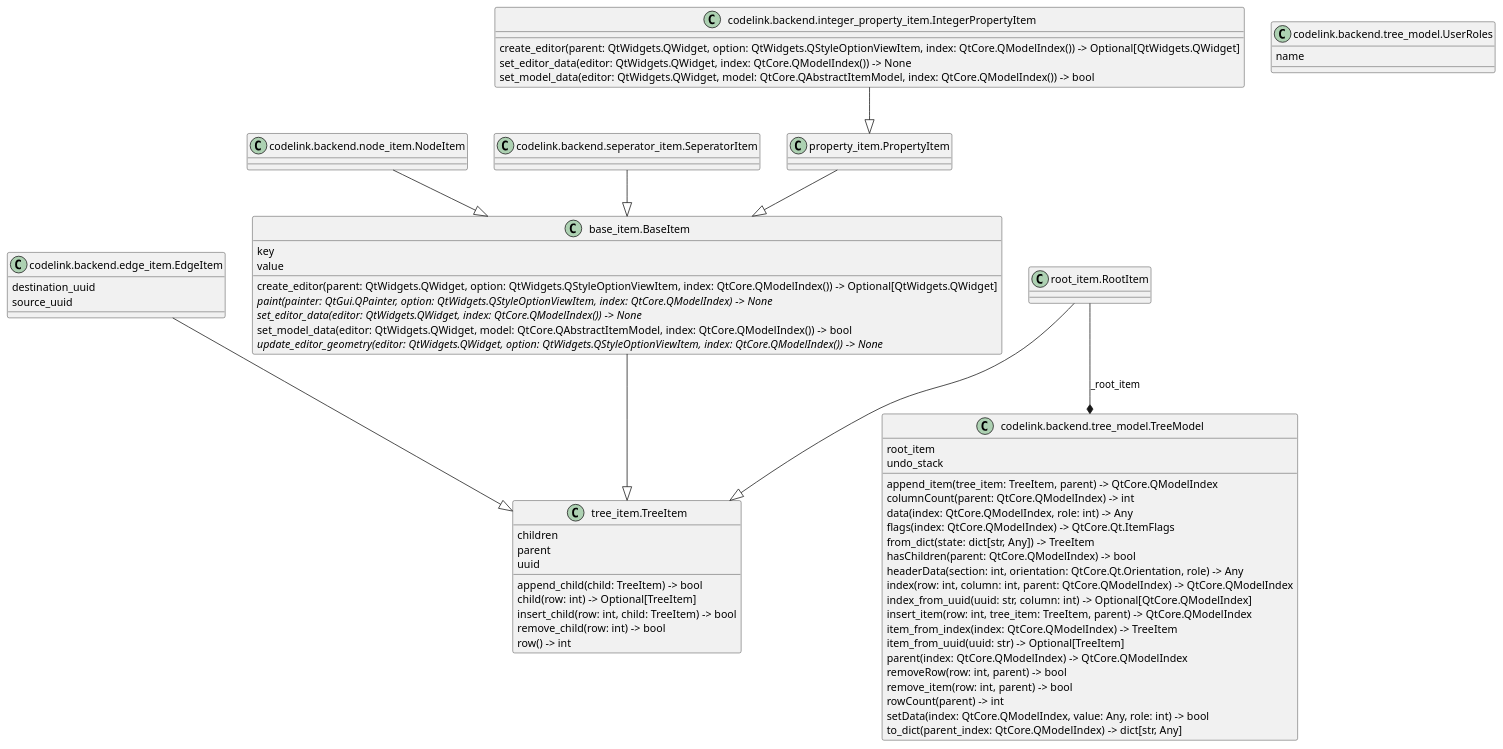
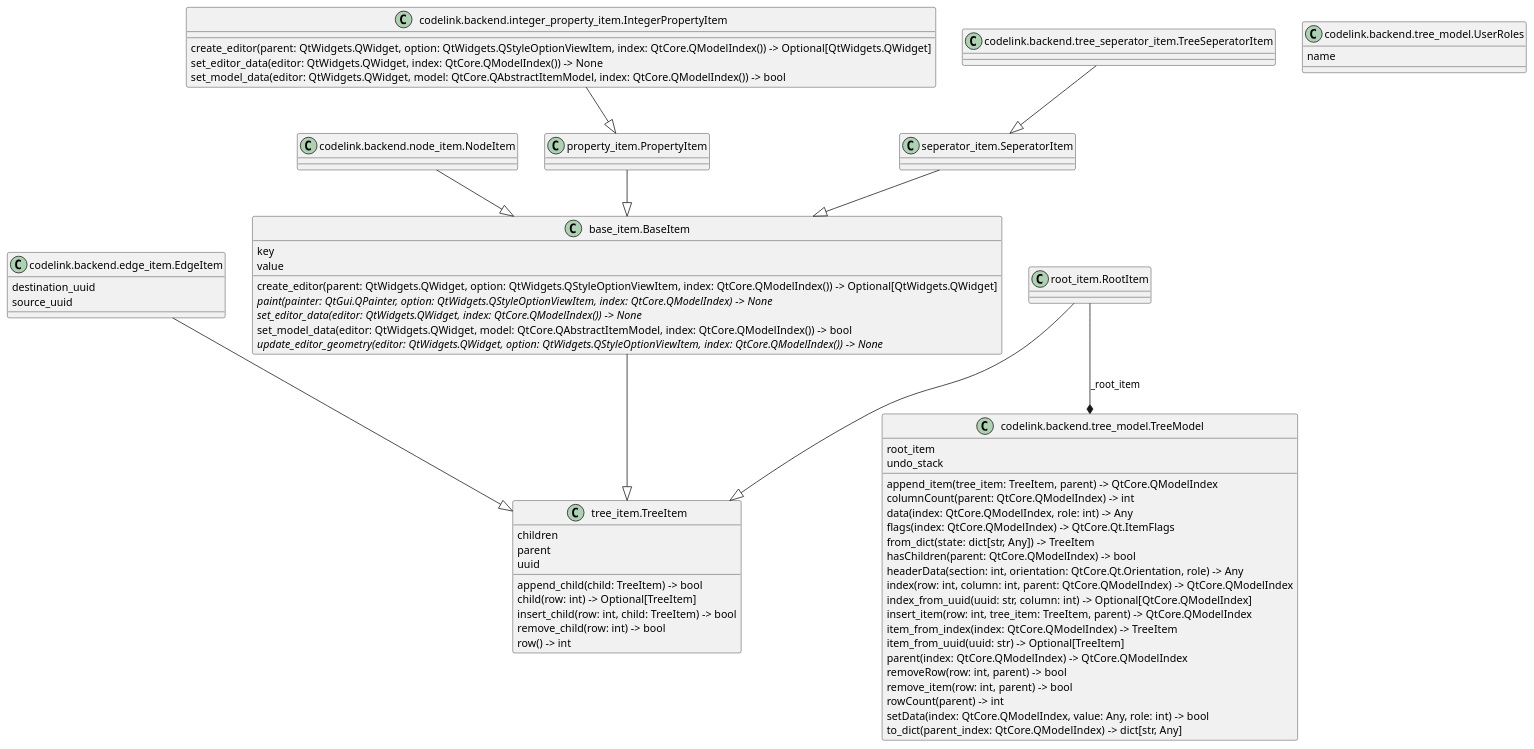
One commit to j8sr0230/codelink changed the diagram in src/codelink/backend/classes.puml. Above: the diagram before and after it, drawn with PlantUML. The commit also changed 6 other files, not shown here.

```diff
--- a/src/codelink/backend/classes.puml
+++ b/src/codelink/backend/classes.puml
@@ -1,72 +1,75 @@
 @startuml classes
 set namespaceSeparator none
 class "base_item.BaseItem" as base_item.BaseItem {
   key
   value
   create_editor(parent: QtWidgets.QWidget, option: QtWidgets.QStyleOptionViewItem, index: QtCore.QModelIndex()) -> Optional[QtWidgets.QWidget]
   {abstract}paint(painter: QtGui.QPainter, option: QtWidgets.QStyleOptionViewItem, index: QtCore.QModelIndex) -> None
   {abstract}set_editor_data(editor: QtWidgets.QWidget, index: QtCore.QModelIndex()) -> None
   set_model_data(editor: QtWidgets.QWidget, model: QtCore.QAbstractItemModel, index: QtCore.QModelIndex()) -> bool
   {abstract}update_editor_geometry(editor: QtWidgets.QWidget, option: QtWidgets.QStyleOptionViewItem, index: QtCore.QModelIndex()) -> None
 }
 class "codelink.backend.edge_item.EdgeItem" as codelink.backend.edge_item.EdgeItem {
   destination_uuid
   source_uuid
 }
 class "codelink.backend.integer_property_item.IntegerPropertyItem" as codelink.backend.integer_property_item.IntegerPropertyItem {
   create_editor(parent: QtWidgets.QWidget, option: QtWidgets.QStyleOptionViewItem, index: QtCore.QModelIndex()) -> Optional[QtWidgets.QWidget]
   set_editor_data(editor: QtWidgets.QWidget, index: QtCore.QModelIndex()) -> None
   set_model_data(editor: QtWidgets.QWidget, model: QtCore.QAbstractItemModel, index: QtCore.QModelIndex()) -> bool
 }
 class "codelink.backend.node_item.NodeItem" as codelink.backend.node_item.NodeItem {
-}
-class "codelink.backend.seperator_item.SeperatorItem" as codelink.backend.seperator_item.SeperatorItem {
 }
 class "codelink.backend.tree_model.TreeModel" as codelink.backend.tree_model.TreeModel {
   root_item
   undo_stack
   append_item(tree_item: TreeItem, parent) -> QtCore.QModelIndex
   columnCount(parent: QtCore.QModelIndex) -> int
   data(index: QtCore.QModelIndex, role: int) -> Any
   flags(index: QtCore.QModelIndex) -> QtCore.Qt.ItemFlags
   from_dict(state: dict[str, Any]) -> TreeItem
   hasChildren(parent: QtCore.QModelIndex) -> bool
   headerData(section: int, orientation: QtCore.Qt.Orientation, role) -> Any
   index(row: int, column: int, parent: QtCore.QModelIndex) -> QtCore.QModelIndex
   index_from_uuid(uuid: str, column: int) -> Optional[QtCore.QModelIndex]
   insert_item(row: int, tree_item: TreeItem, parent) -> QtCore.QModelIndex
   item_from_index(index: QtCore.QModelIndex) -> TreeItem
   item_from_uuid(uuid: str) -> Optional[TreeItem]
   parent(index: QtCore.QModelIndex) -> QtCore.QModelIndex
   removeRow(row: int, parent) -> bool
   remove_item(row: int, parent) -> bool
   rowCount(parent) -> int
   setData(index: QtCore.QModelIndex, value: Any, role: int) -> bool
   to_dict(parent_index: QtCore.QModelIndex) -> dict[str, Any]
 }
 class "codelink.backend.tree_model.UserRoles" as codelink.backend.tree_model.UserRoles {
   name
 }
+class "codelink.backend.tree_seperator_item.TreeSeperatorItem" as codelink.backend.tree_seperator_item.TreeSeperatorItem {
+}
 class "property_item.PropertyItem" as property_item.PropertyItem {
 }
 class "root_item.RootItem" as root_item.RootItem {
+}
+class "seperator_item.SeperatorItem" as seperator_item.SeperatorItem {
 }
 class "tree_item.TreeItem" as tree_item.TreeItem {
   children
   parent
   uuid
   append_child(child: TreeItem) -> bool
   child(row: int) -> Optional[TreeItem]
   insert_child(row: int, child: TreeItem) -> bool
   remove_child(row: int) -> bool
   row() -> int
 }
 base_item.BaseItem --|> tree_item.TreeItem
 codelink.backend.edge_item.EdgeItem --|> tree_item.TreeItem
 codelink.backend.integer_property_item.IntegerPropertyItem --|> property_item.PropertyItem
 codelink.backend.node_item.NodeItem --|> base_item.BaseItem
-codelink.backend.seperator_item.SeperatorItem --|> base_item.BaseItem
+codelink.backend.tree_seperator_item.TreeSeperatorItem --|> seperator_item.SeperatorItem
 property_item.PropertyItem --|> base_item.BaseItem
 root_item.RootItem --|> tree_item.TreeItem
+seperator_item.SeperatorItem --|> base_item.BaseItem
 root_item.RootItem --* codelink.backend.tree_model.TreeModel : _root_item
 @enduml
```
